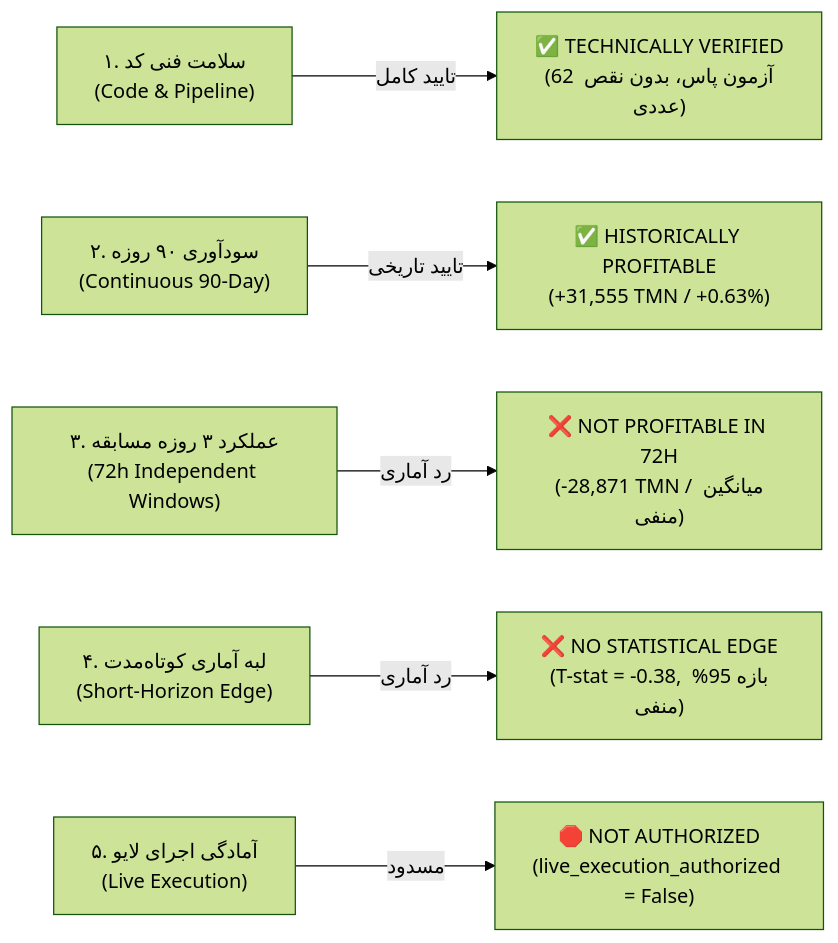
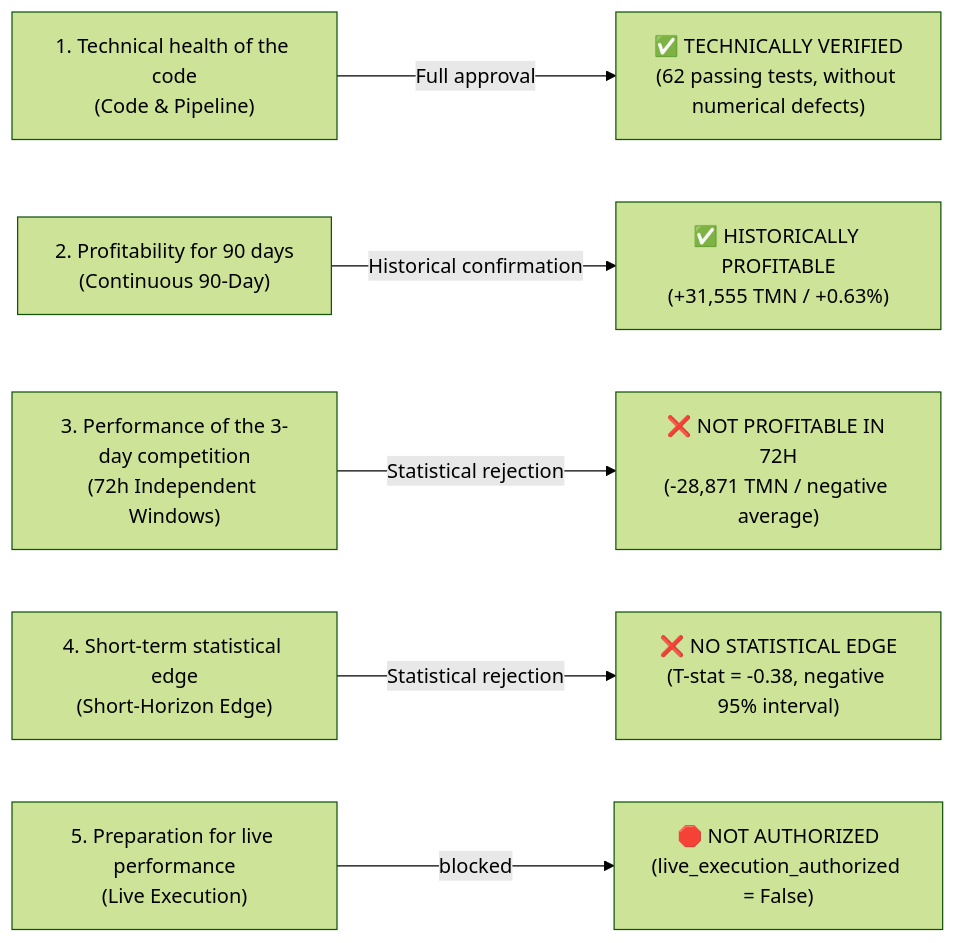
The diagram in docs/PHASE21_COMPETITION_READINESS_ASSESSMENT.md (AliFazelniya/wallextrade), drawn with Mermaid (forest theme) before and after one commit. The commit also changed other lines of this file and 81 other files, not shown here.

````diff
--- a/docs/PHASE21_COMPETITION_READINESS_ASSESSMENT.md
+++ b/docs/PHASE21_COMPETITION_READINESS_ASSESSMENT.md
@@ -146,8 +146,8 @@
 ```mermaid
 flowchart LR
-    A["۱. سلامت فنی کد\n(Code & Pipeline)"] -->|تایید کامل| S1["✅ TECHNICALLY VERIFIED\n(62 آزمون پاس، بدون نقص عددی)"]
-    B["۲. سودآوری ۹۰ روزه\n(Continuous 90-Day)"] -->|تایید تاریخی| S2["✅ HISTORICALLY PROFITABLE\n(+31,555 TMN / +0.63%)"]
-    C["۳. عملکرد ۳ روزه مسابقه\n(72h Independent Windows)"] -->|رد آماری| S3["❌ NOT PROFITABLE IN 72H\n(-28,871 TMN / میانگین منفی)"]
-    D["۴. لبه آماری کوتاه‌مدت\n(Short-Horizon Edge)"] -->|رد آماری| S4["❌ NO STATISTICAL EDGE\n(T-stat = -0.38, بازه 95% منفی)"]
-    E["۵. آمادگی اجرای لایو\n(Live Execution)"] -->|مسدود| S5["🛑 NOT AUTHORIZED\n(live_execution_authorized = False)"]
+    A["1. Technical health of the code\n(Code & Pipeline)"] -->|Full approval| S1["✅ TECHNICALLY VERIFIED\n(62 passing tests, without numerical defects)"]
+    B["2. Profitability for 90 days\n(Continuous 90-Day)"] -->|Historical confirmation| S2["✅ HISTORICALLY PROFITABLE\n(+31,555 TMN / +0.63%)"]
+    C["3. Performance of the 3-day competition\n(72h Independent Windows)"] -->|Statistical rejection| S3["❌ NOT PROFITABLE IN 72H\n(-28,871 TMN / negative average)"]
+    D["4. Short-term statistical edge\n(Short-Horizon Edge)"] -->|Statistical rejection| S4["❌ NO STATISTICAL EDGE\n(T-stat = -0.38, negative 95% interval)"]
+    E["5. Preparation for live performance\n(Live Execution)"] -->|blocked| S5["🛑 NOT AUTHORIZED\n(live_execution_authorized = False)"]
 ```
````
